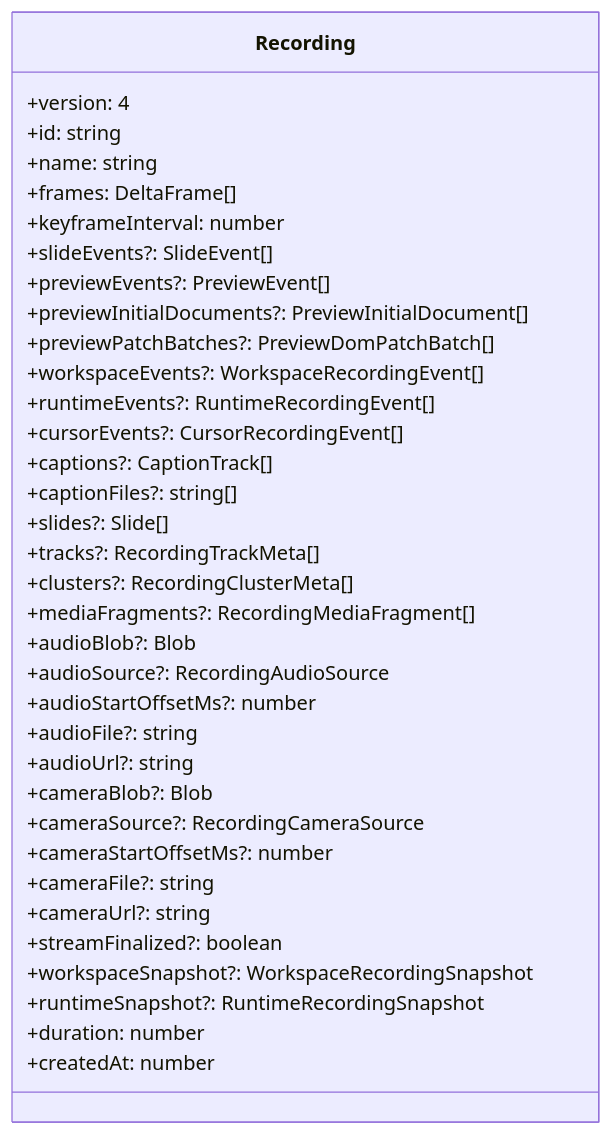
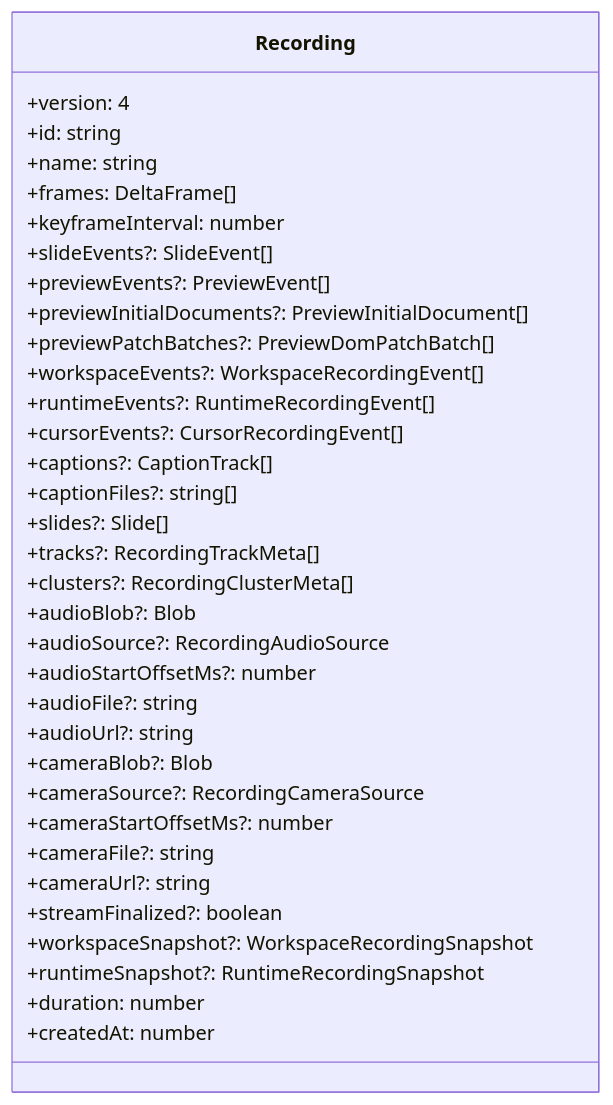
The first of 2 diagrams in docs/data-structures.md (channyeintun/next-editor), drawn with Mermaid before and after one commit. The commit also changed other lines of this file and 14 other files, not shown here.

````diff
--- a/docs/data-structures.md
+++ b/docs/data-structures.md
@@ -7,38 +7,37 @@
 ```mermaid
 classDiagram
     class Recording {
         +version: 4
         +id: string
         +name: string
         +frames: DeltaFrame[]
         +keyframeInterval: number
         +slideEvents?: SlideEvent[]
         +previewEvents?: PreviewEvent[]
         +previewInitialDocuments?: PreviewInitialDocument[]
         +previewPatchBatches?: PreviewDomPatchBatch[]
         +workspaceEvents?: WorkspaceRecordingEvent[]
         +runtimeEvents?: RuntimeRecordingEvent[]
         +cursorEvents?: CursorRecordingEvent[]
         +captions?: CaptionTrack[]
         +captionFiles?: string[]
         +slides?: Slide[]
         +tracks?: RecordingTrackMeta[]
         +clusters?: RecordingClusterMeta[]
-        +mediaFragments?: RecordingMediaFragment[]
         +audioBlob?: Blob
         +audioSource?: RecordingAudioSource
         +audioStartOffsetMs?: number
         +audioFile?: string
         +audioUrl?: string
         +cameraBlob?: Blob
         +cameraSource?: RecordingCameraSource
         +cameraStartOffsetMs?: number
         +cameraFile?: string
         +cameraUrl?: string
         +streamFinalized?: boolean
         +workspaceSnapshot?: WorkspaceRecordingSnapshot
         +runtimeSnapshot?: RuntimeRecordingSnapshot
         +duration: number
         +createdAt: number
     }
 ```
````
